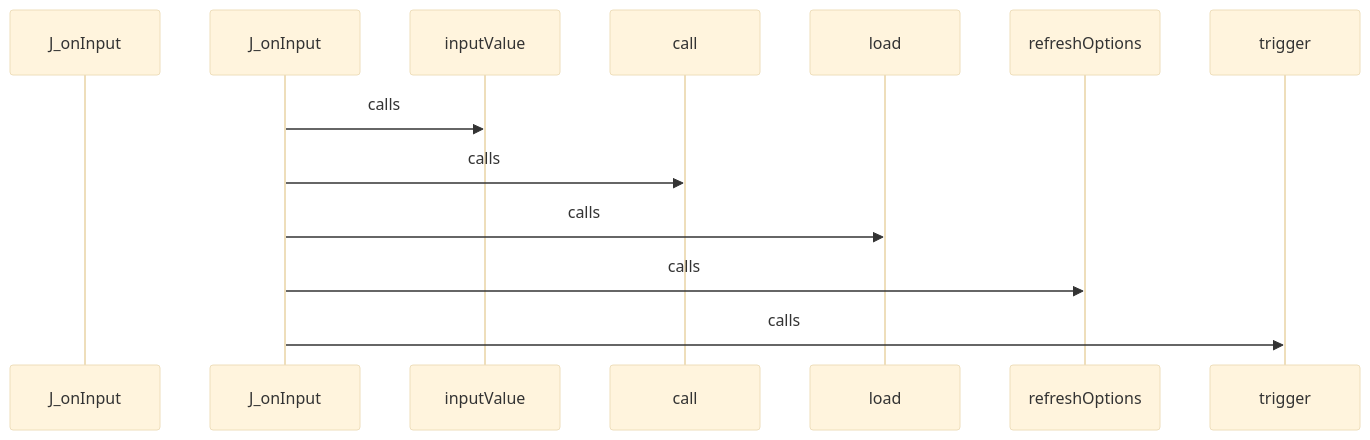
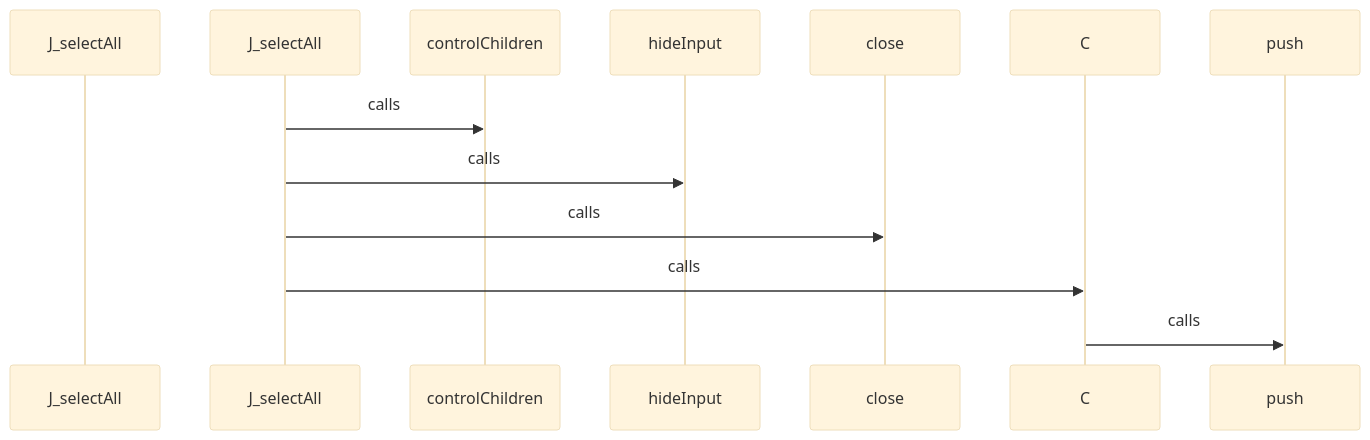
Before and after one commit to hazalkoom/DECODEx01: diagram 16 of 27 in docs/CALL_FLOW.md, drawn with Mermaid (base theme). The commit also changed other lines of this file and 12 other files, not shown here.

````diff
--- a/docs/CALL_FLOW.md
+++ b/docs/CALL_FLOW.md
@@ -777,25 +651,25 @@
 ```mermaid
 sequenceDiagram
-    participant Start as J_onInput
+    participant Start as J_selectAll
 
 
-    J_onInput->>inputValue: calls
+    J_selectAll->>controlChildren: calls
 
 
 
-    J_onInput->>call: calls
+    J_selectAll->>hideInput: calls
 
 
 
-    J_onInput->>load: calls
+    J_selectAll->>close: calls
 
 
 
-    J_onInput->>refreshOptions: calls
+    J_selectAll->>C: calls
 
 
 
-    J_onInput->>trigger: calls
+    C->>push: calls
 
 
 ```
````
